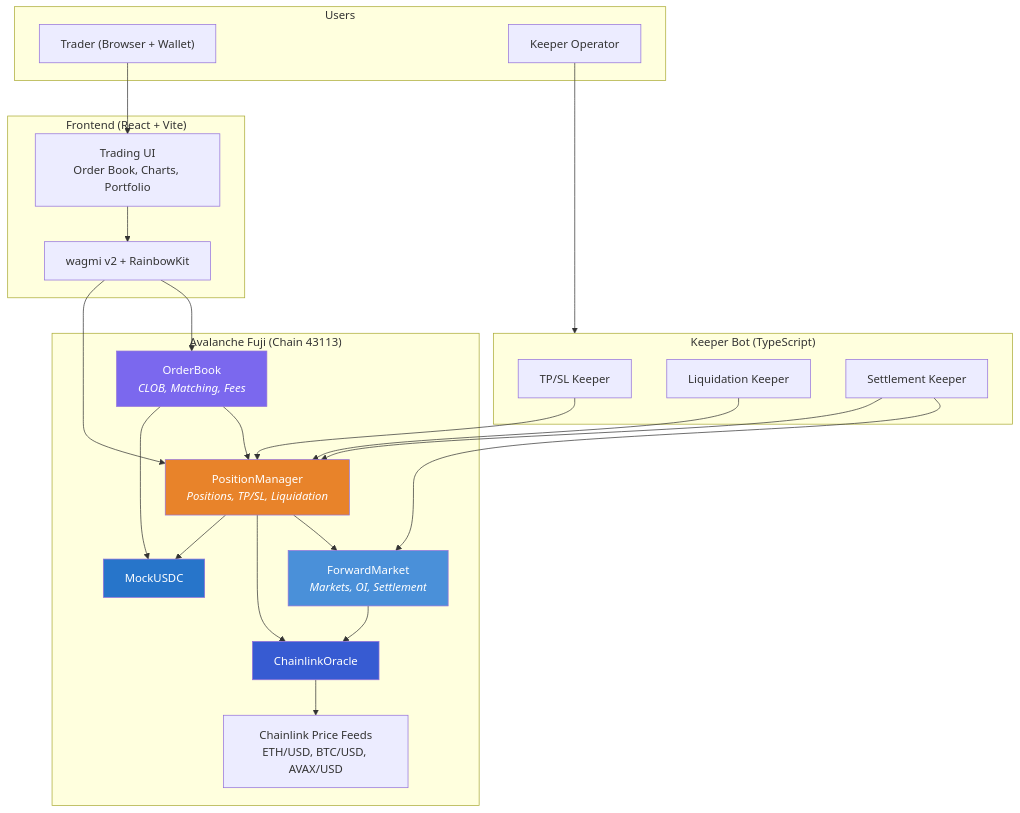
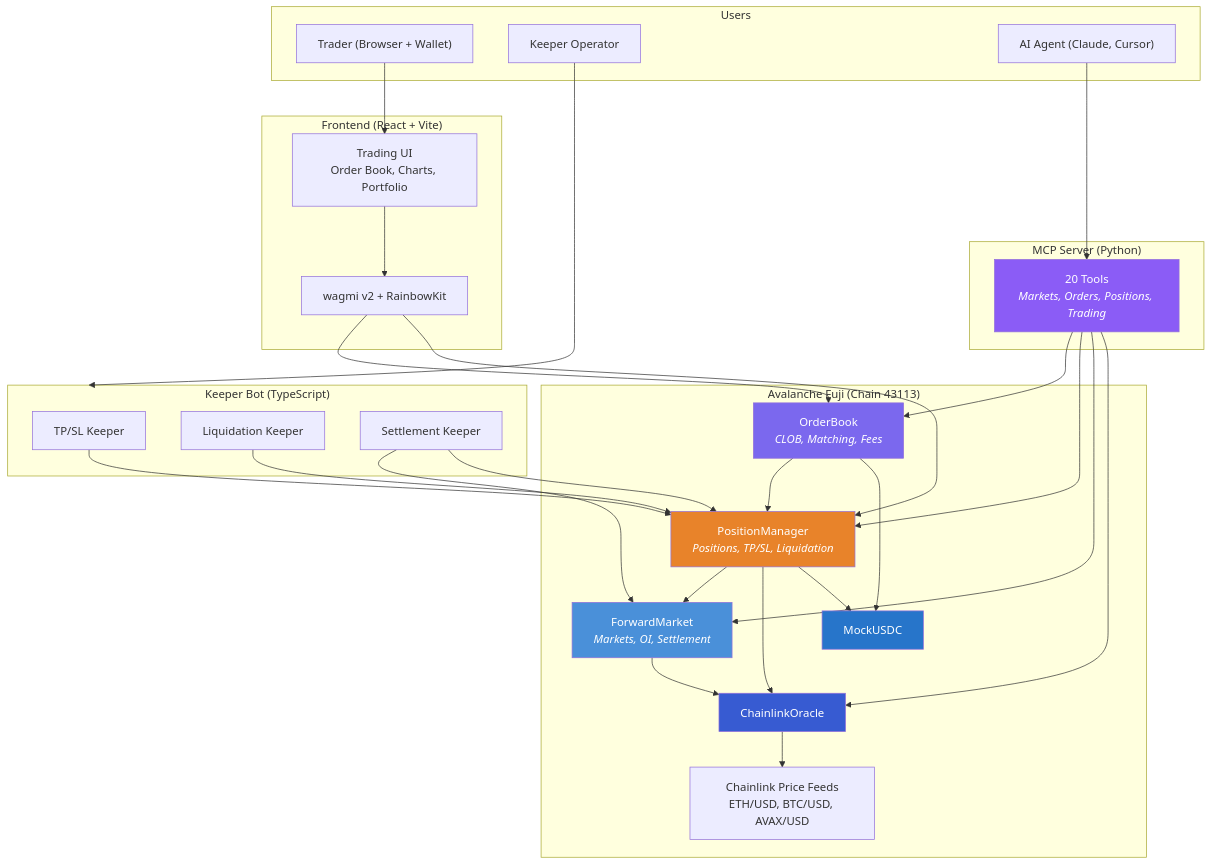
The diagram in README.md (skar8848/NDF-DEX), drawn with Mermaid before and after one commit. The commit also changed other lines of this file, not shown here.

Commit message:
Add MCP server to README — architecture, quick start, docs

````diff
--- a/README.md
+++ b/README.md
@@ -40,51 +41,63 @@
 ```mermaid
 graph TB
     subgraph Users
         Trader["Trader (Browser + Wallet)"]
         KeeperOp["Keeper Operator"]
+        AIAgent["AI Agent (Claude, Cursor)"]
     end
 
     subgraph Frontend["Frontend (React + Vite)"]
         UI["Trading UI<br/>Order Book, Charts, Portfolio"]
         Web3["wagmi v2 + RainbowKit"]
     end
 
     subgraph Avalanche["Avalanche Fuji (Chain 43113)"]
         FM["ForwardMarket<br/><i>Markets, OI, Settlement</i>"]
         OB["OrderBook<br/><i>CLOB, Matching, Fees</i>"]
         PM["PositionManager<br/><i>Positions, TP/SL, Liquidation</i>"]
         Oracle["ChainlinkOracle"]
         USDC["MockUSDC"]
         CL["Chainlink Price Feeds<br/>ETH/USD, BTC/USD, AVAX/USD"]
     end
 
     subgraph Keeper["Keeper Bot (TypeScript)"]
         TPSL["TP/SL Keeper"]
         Liq["Liquidation Keeper"]
         Settle["Settlement Keeper"]
     end
 
+    subgraph MCP["MCP Server (Python)"]
+        MCPTools["20 Tools<br/><i>Markets, Orders, Positions, Trading</i>"]
+    end
+
     Trader --> UI --> Web3
     Web3 --> OB
     Web3 --> PM
+
+    AIAgent --> MCPTools
+    MCPTools --> OB
+    MCPTools --> PM
+    MCPTools --> FM
+    MCPTools --> Oracle
 
     KeeperOp --> Keeper
     TPSL --> PM
     Liq --> PM
     Settle --> FM
     Settle --> PM
 
     OB --> PM
     OB --> USDC
     PM --> FM
     PM --> Oracle
     FM --> Oracle
     Oracle --> CL
     PM --> USDC
 
     style FM fill:#4A90D9,color:#fff
     style OB fill:#7B68EE,color:#fff
     style PM fill:#E8832A,color:#fff
     style Oracle fill:#375BD2,color:#fff
     style USDC fill:#2775CA,color:#fff
+    style MCPTools fill:#8B5CF6,color:#fff
 ```
````
